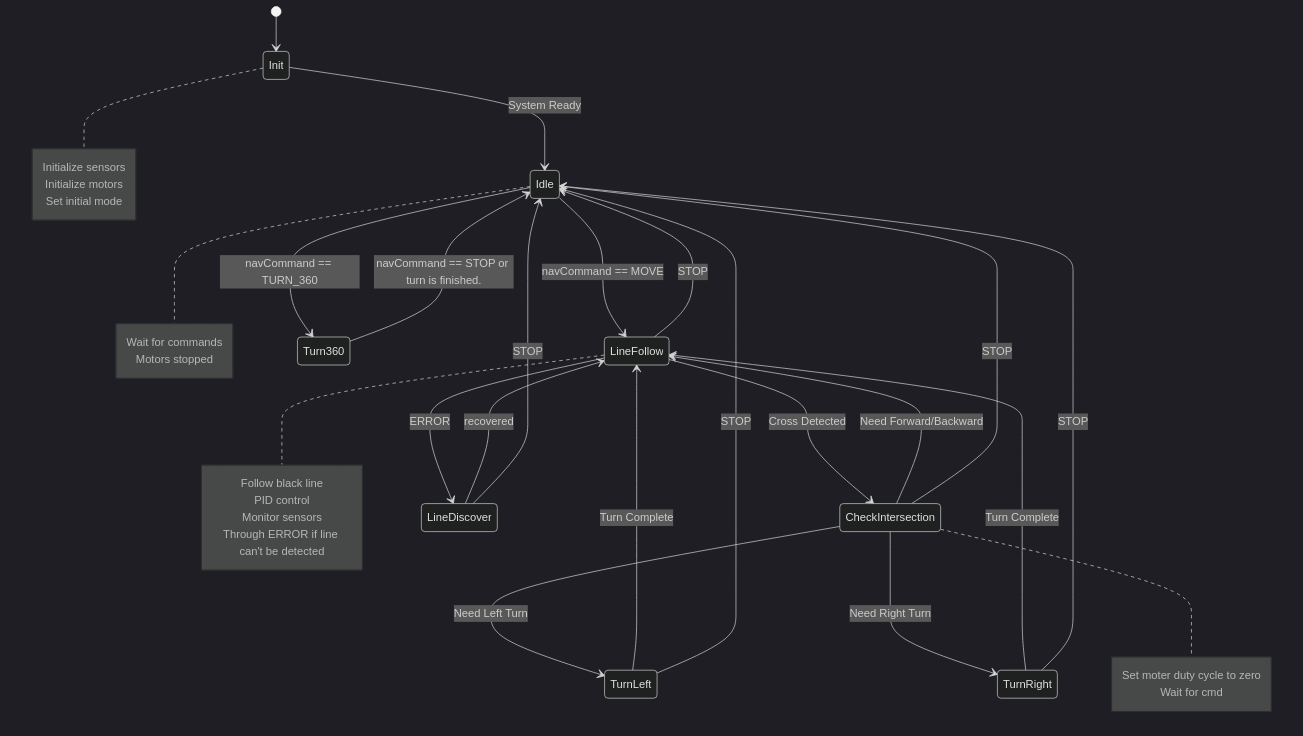
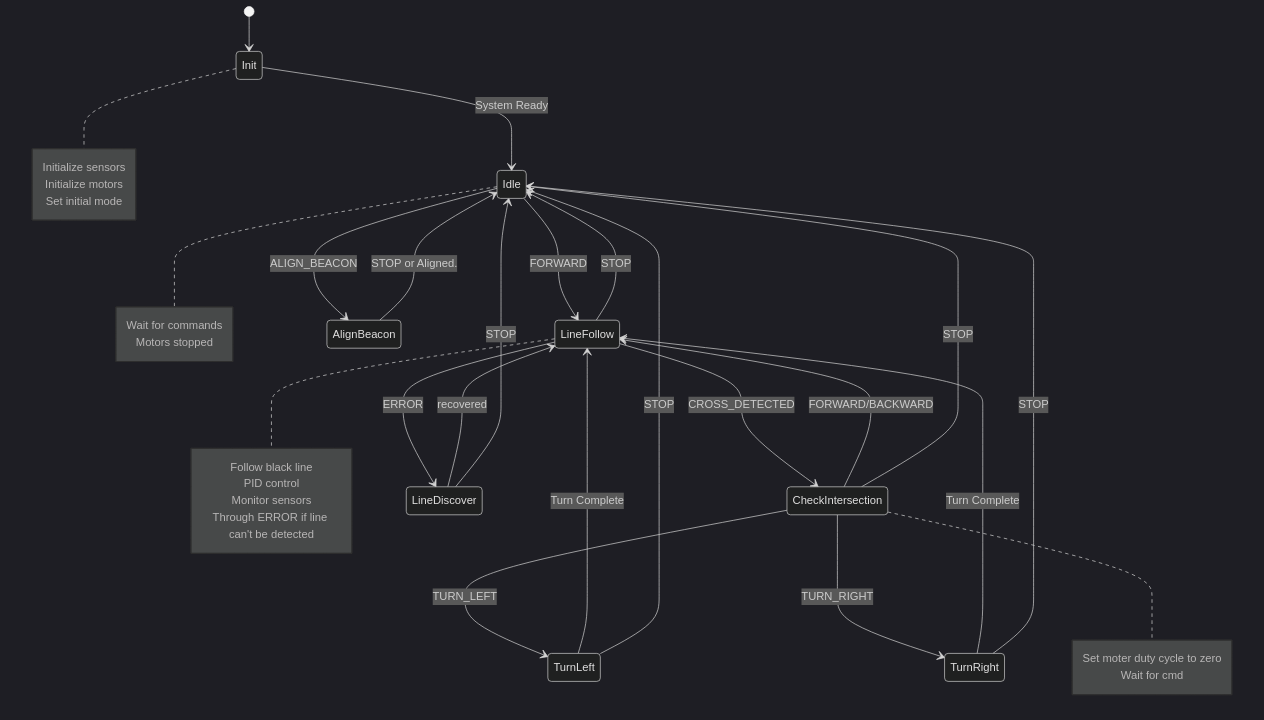
Before and after one commit to yuanzhedong/ME218-final: the diagram in FSM/navigation.md, drawn with Mermaid (dark theme).

````diff
--- a/FSM/navigation.md
+++ b/FSM/navigation.md
@@ -1,51 +1,51 @@
 ```mermaid
 stateDiagram-v2
     [*] --> Init
     
     Init --> Idle: System Ready
     note right of Init
         Initialize sensors
         Initialize motors
         Set initial mode
     end note
 
-    Idle --> LineFollow: navCommand == MOVE
-    Idle --> Turn360: navCommand == TURN_360
+    Idle --> LineFollow: FORWARD
+    Idle --> AlignBeacon: ALIGN_BEACON
     note right of Idle
         Wait for commands
         Motors stopped
     end note
 
-    Turn360 --> Idle: navCommand == STOP or turn is finished.
+    AlignBeacon --> Idle: STOP or Aligned.
 
-    LineFollow --> CheckIntersection: Cross Detected
+    LineFollow --> CheckIntersection: CROSS_DETECTED
     LineFollow --> Idle: STOP
     LineFollow --> LineDiscover: ERROR
     note right of LineFollow
         Follow black line
         PID control
         Monitor sensors
         Through ERROR if line can't be detected
     end note
 
-    CheckIntersection --> TurnLeft: Need Left Turn
-    CheckIntersection --> TurnRight: Need Right Turn
-    CheckIntersection --> LineFollow: Need Forward/Backward
+    CheckIntersection --> TurnLeft: TURN_LEFT
+    CheckIntersection --> TurnRight: TURN_RIGHT
+    CheckIntersection --> LineFollow: FORWARD/BACKWARD
     CheckIntersection --> Idle: STOP
     note right of CheckIntersection
         Set moter duty cycle to zero
         Wait for cmd
     end note
 
     TurnLeft --> LineFollow: Turn Complete
     TurnRight --> LineFollow: Turn Complete
 
     TurnLeft --> Idle: STOP
     TurnRight --> Idle: STOP
 
     LineDiscover --> LineFollow: recovered
     LineDiscover --> Idle: STOP
 
     
 
 ```
````
